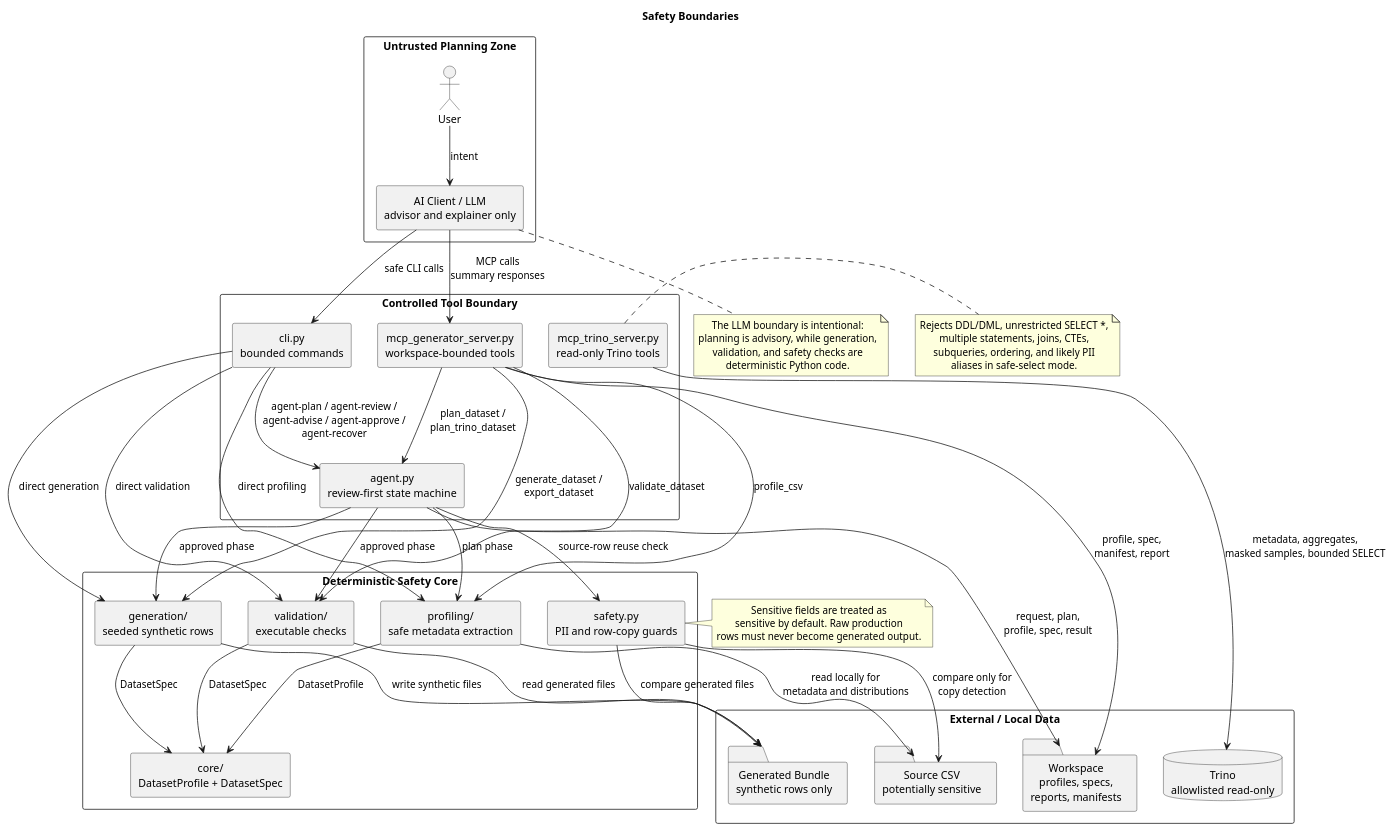
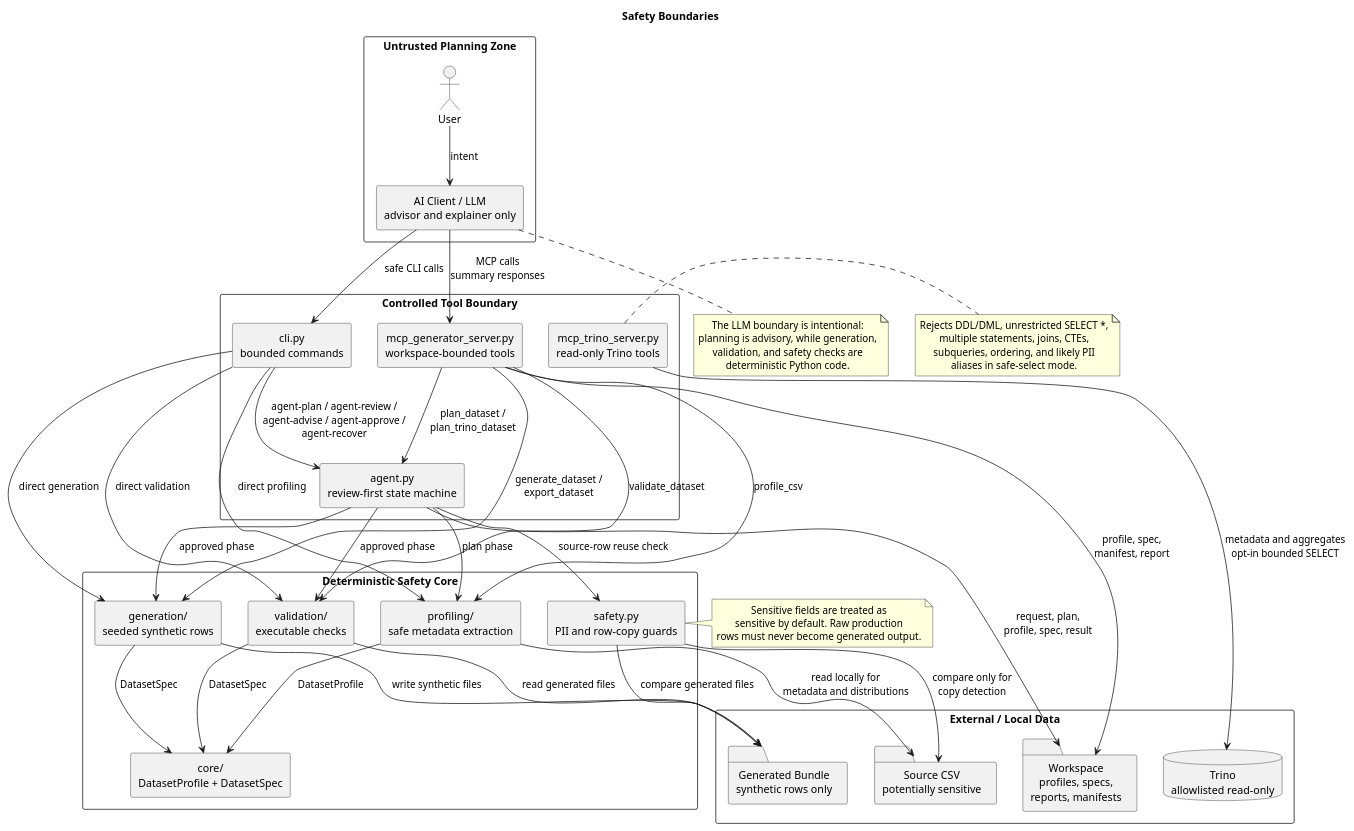
The diagram in docs/architecture_safety_boundaries.puml (wa-pis/agent-paranoid-android), drawn with PlantUML before and after one commit. The commit also changed 6 other files, not shown here.

```diff
--- a/docs/architecture_safety_boundaries.puml
+++ b/docs/architecture_safety_boundaries.puml
@@ -1,83 +1,83 @@
 @startuml
 title Safety Boundaries
 
 skinparam shadowing false
 skinparam componentStyle rectangle
 skinparam packageStyle rectangle
 skinparam defaultTextAlignment center
 
 package "Untrusted Planning Zone" {
   actor "User" as User
   component "AI Client / LLM\nadvisor and explainer only" as Llm
 }
 
 package "Controlled Tool Boundary" {
   component "cli.py\nbounded commands" as Cli
   component "agent.py\nreview-first state machine" as Agent
   component "mcp_generator_server.py\nworkspace-bounded tools" as GeneratorMcp
   component "mcp_trino_server.py\nread-only Trino tools" as TrinoMcp
 }
 
 package "Deterministic Safety Core" {
   component "profiling/\nsafe metadata extraction" as Profiling
   component "generation/\nseeded synthetic rows" as Generation
   component "validation/\nexecutable checks" as Validation
   component "safety.py\nPII and row-copy guards" as Safety
   component "core/\nDatasetProfile + DatasetSpec" as CoreModels
 }
 
 package "External / Local Data" {
   database "Trino\nallowlisted read-only" as Trino
   folder "Source CSV\npotentially sensitive" as SourceCsv
   folder "Workspace\nprofiles, specs,\nreports, manifests" as Workspace
   folder "Generated Bundle\nsynthetic rows only" as Output
 }
 
 User --> Llm : intent
 Llm --> Cli : safe CLI calls
 Llm --> GeneratorMcp : MCP calls\nsummary responses
 Cli --> Agent : agent-plan / agent-review /\nagent-advise / agent-approve /\nagent-recover
 Cli --> Profiling : direct profiling
 Cli --> Generation : direct generation
 Cli --> Validation : direct validation
 Agent --> Profiling : plan phase
 Agent --> Generation : approved phase
 Agent --> Validation : approved phase
 Agent --> Safety : source-row reuse check
 GeneratorMcp --> Profiling : profile_csv
 GeneratorMcp --> Agent : plan_dataset /\nplan_trino_dataset
 GeneratorMcp --> Generation : generate_dataset /\nexport_dataset
 GeneratorMcp --> Validation : validate_dataset
-TrinoMcp --> Trino : metadata, aggregates,\nmasked samples, bounded SELECT
+TrinoMcp --> Trino : metadata and aggregates\nopt-in bounded SELECT
 Profiling --> SourceCsv : read locally for\nmetadata and distributions
 Profiling --> CoreModels : DatasetProfile
 Generation --> CoreModels : DatasetSpec
 Validation --> CoreModels : DatasetSpec
 Safety --> SourceCsv : compare only for\ncopy detection
 Agent --> Workspace : request, plan,\nprofile, spec, result
 GeneratorMcp --> Workspace : profile, spec,\nmanifest, report
 Generation --> Output : write synthetic files
 Validation --> Output : read generated files
 Safety --> Output : compare generated files
 
 note right of TrinoMcp
 Rejects DDL/DML, unrestricted SELECT *,
 multiple statements, joins, CTEs,
 subqueries, ordering, and likely PII
 aliases in safe-select mode.
 end note
 
 note right of Safety
 Sensitive fields are treated as
 sensitive by default. Raw production
 rows must never become generated output.
 end note
 
 note bottom of Llm
 The LLM boundary is intentional:
 planning is advisory, while generation,
 validation, and safety checks are
 deterministic Python code.
 end note
 
 @enduml
```
